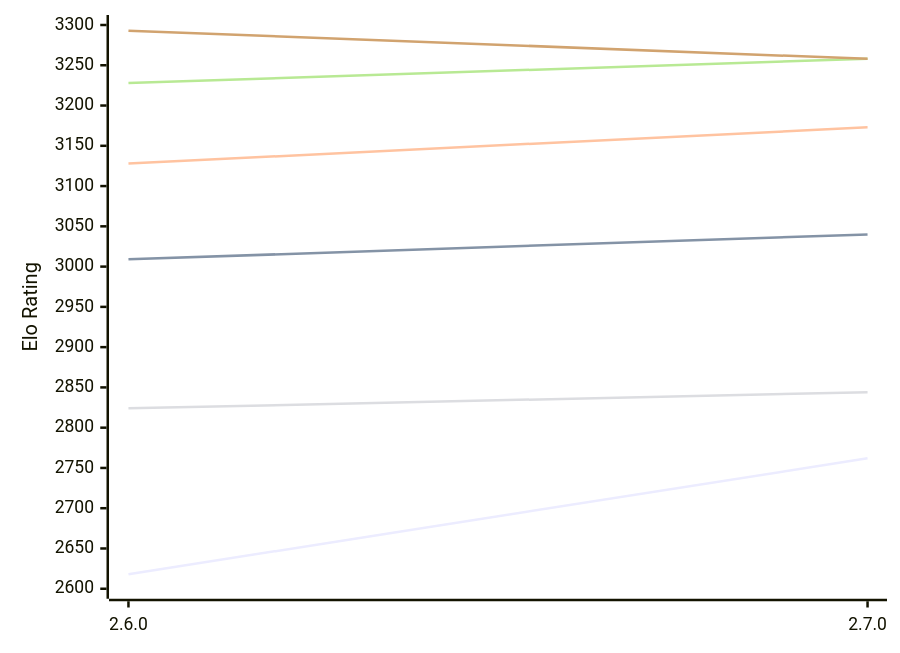
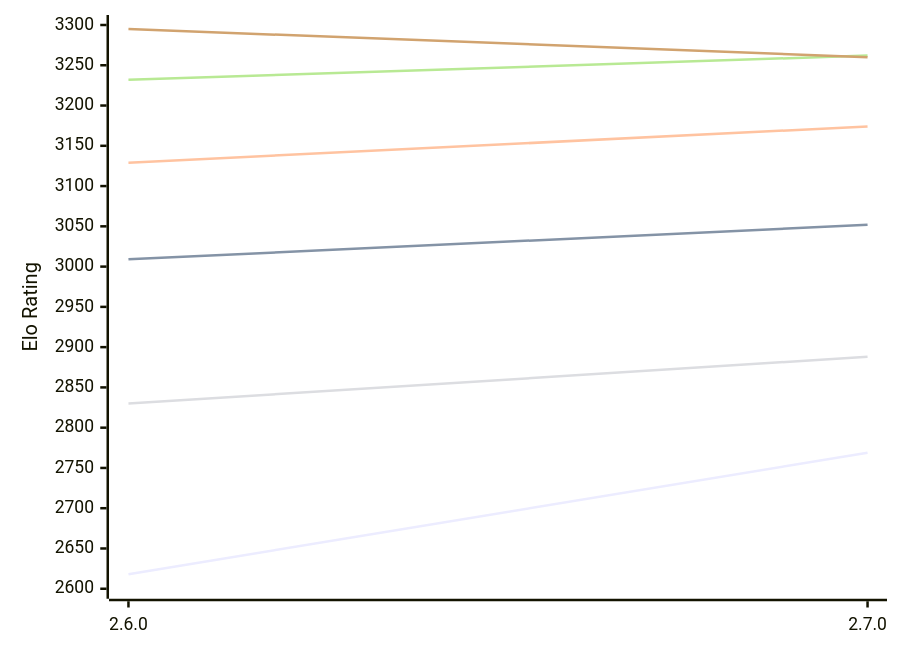
The first of 2 diagrams in engines/Sturddle2.md (computer-chess-index/cci), drawn with Mermaid before and after one commit. The commit also changed other lines of this file, not shown here.

Commit message:
Update CCI Ratings (ELO VLTC) - 2026-10-11

````diff
--- a/engines/Sturddle2.md
+++ b/engines/Sturddle2.md
@@ -51,12 +51,12 @@
 ```mermaid
 %%{init: {"theme":"base","themeVariables":{"seriesColors:['#a3a3a3','#222221','#faa371']}}}%%
 xychart-beta
   x-axis ["2.6.0", "2.7.0"]
   y-axis "Elo Rating" 2600 --> 3300
-  line "E1: STC (8.0+0.08s)" [2618, 2762]
-  line "E1: LTC (60.0+0.60s)" [3009, 3040]
-  line "E1: VLTC (2m24s+1.12s)" [3128, 3173]
-  line "P1: STC (8.0+0.08s)" [2824, 2844]
-  line "P1: LTC (60.0+0.60s)" [3228, 3258]
-  line "P1: VLTC (2m24s+1.12s)" [3293, 3258]
+  line "E1: STC (8.0+0.08s)" [2618, 2769]
+  line "E1: LTC (60.0+0.60s)" [3009, 3052]
+  line "E1: VLTC (2m24s+1.12s)" [3129, 3174]
+  line "P1: STC (8.0+0.08s)" [2830, 2888]
+  line "P1: LTC (60.0+0.60s)" [3232, 3262]
+  line "P1: VLTC (2m24s+1.12s)" [3295, 3260]
 ```
````
